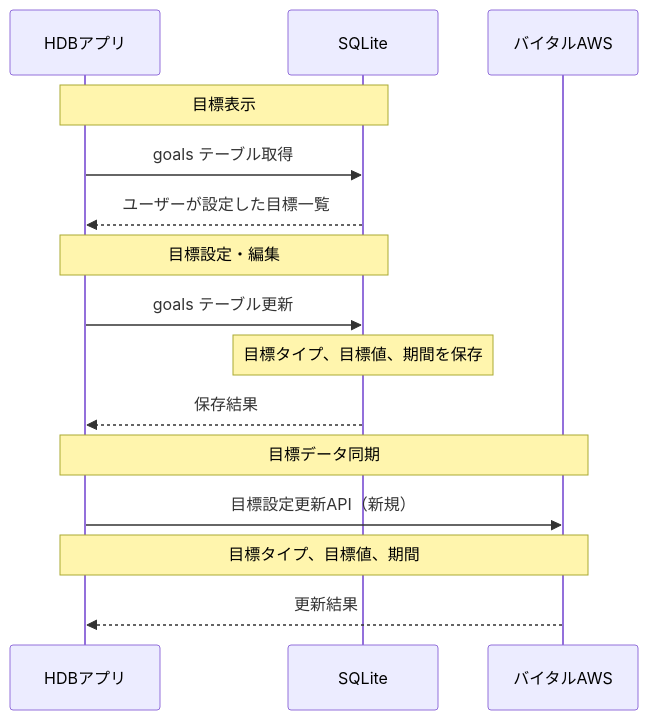
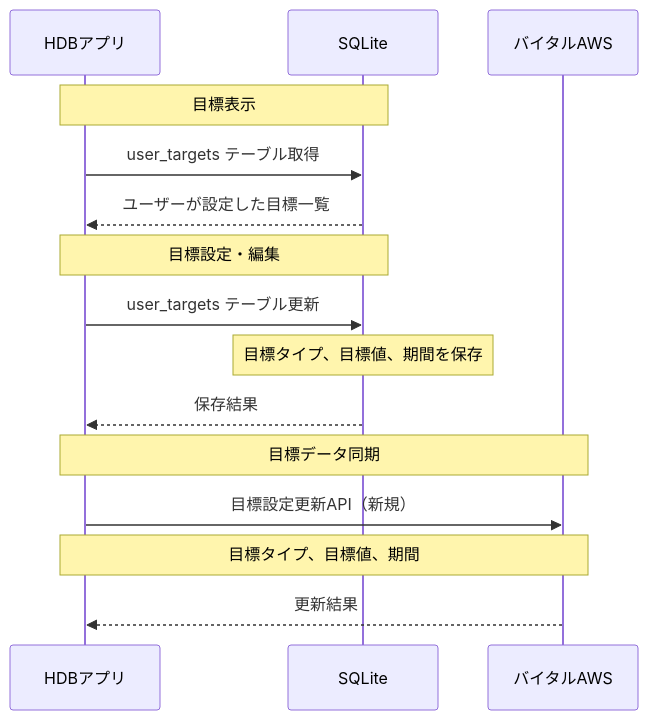
Before and after one commit to sasaibu/hdb: the seventh of 14 diagrams in doc/QA/画面別API通信図.md, drawn with Mermaid. The commit also changed other lines of this file and 4 other files, not shown here.

````diff
--- a/doc/QA/画面別API通信図.md
+++ b/doc/QA/画面別API通信図.md
@@ -149,20 +149,20 @@
 ```mermaid
 sequenceDiagram
     participant App as HDBアプリ
     participant DB as SQLite
     participant AWS as バイタルAWS
     
     Note over App,DB: 目標表示
-    App->>DB: goals テーブル取得
+    App->>DB: user_targets テーブル取得
     DB-->>App: ユーザーが設定した目標一覧
     
     Note over App,DB: 目標設定・編集
-    App->>DB: goals テーブル更新
+    App->>DB: user_targets テーブル更新
     Note over DB: 目標タイプ、目標値、期間を保存
     DB-->>App: 保存結果
     
     Note over App,AWS: 目標データ同期
     App->>AWS: 目標設定更新API（新規）
     Note over App,AWS: 目標タイプ、目標値、期間
     AWS-->>App: 更新結果
 ```
````
